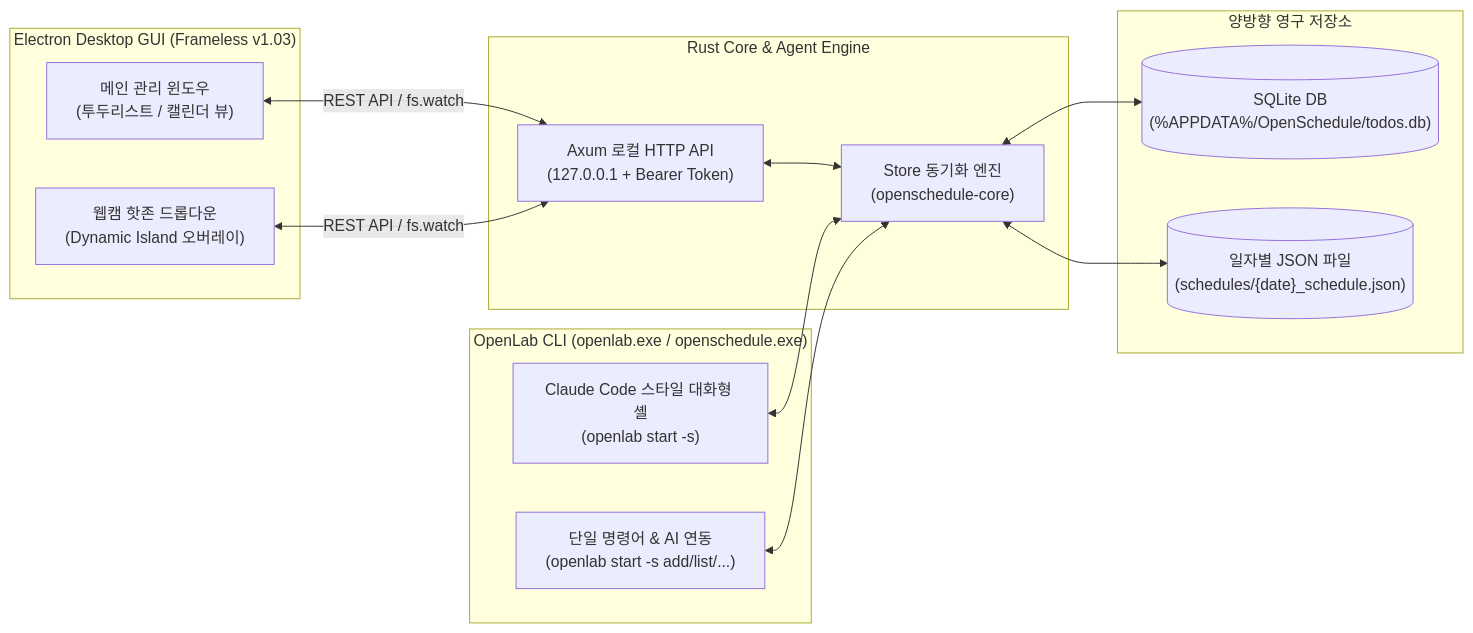
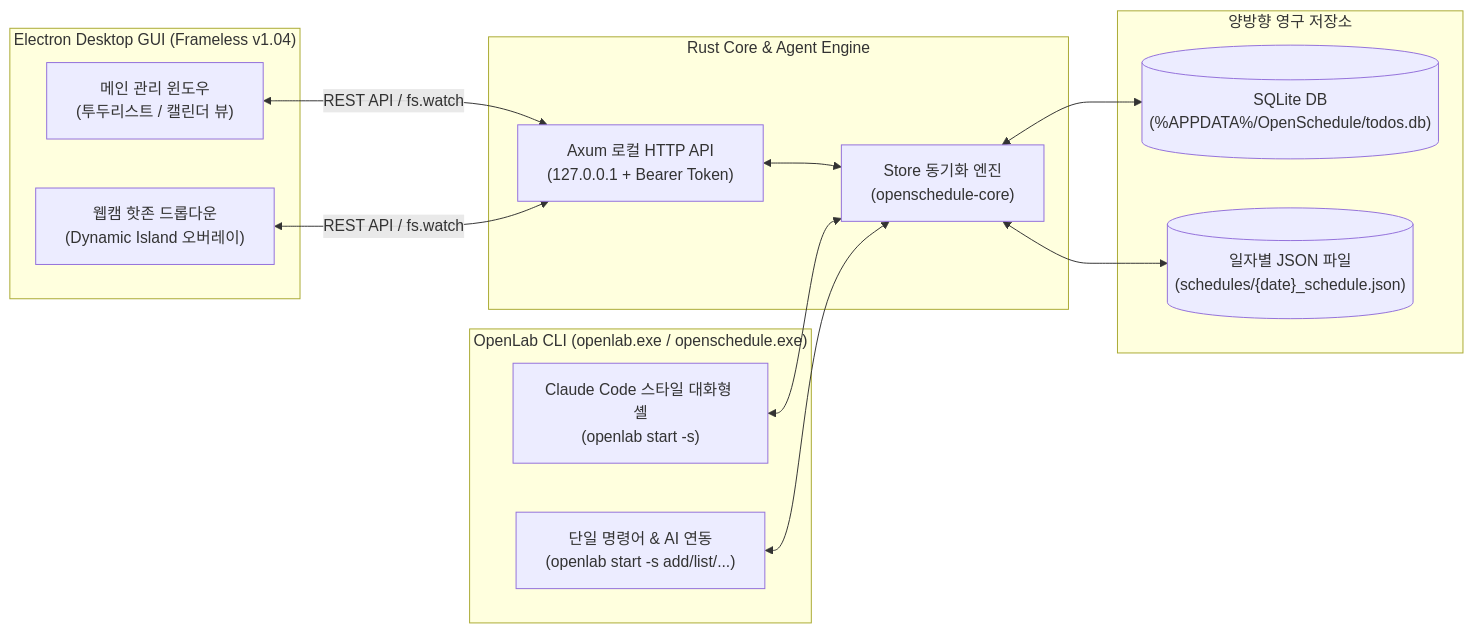
The diagram in README.md (ksh6940/Open-Schdule), drawn with Mermaid before and after one commit. The commit also changed other lines of this file and 12 other files, not shown here.

````diff
--- a/README.md
+++ b/README.md
@@ -54,30 +54,30 @@
 ```mermaid
 flowchart LR
-    subgraph Frontend["Electron Desktop GUI (Frameless v1.03)"]
+    subgraph Frontend["Electron Desktop GUI (Frameless v1.04)"]
         MainWin["메인 관리 윈도우\n(투두리스트 / 캘린더 뷰)"]
         OverlayWin["웹캠 핫존 드롭다운\n(Dynamic Island 오버레이)"]
     end
 
     subgraph CLI["OpenLab CLI (openlab.exe / openschedule.exe)"]
         InteractiveCLI["Claude Code 스타일 대화형 셸\n(openlab start -s)"]
         OneShotCLI["단일 명령어 & AI 연동\n(openlab start -s add/list/...)"]
     end
 
     subgraph Backend["Rust Core & Agent Engine"]
         AxumAPI["Axum 로컬 HTTP API\n(127.0.0.1 + Bearer Token)"]
         StoreEngine["Store 동기화 엔진\n(openschedule-core)"]
     end
 
     subgraph Storage["양방향 영구 저장소"]
         SQLite[("SQLite DB\n(%APPDATA%/OpenSchedule/todos.db)")]
         DateJSON[("일자별 JSON 파일\n(schedules/{date}_schedule.json)")]
     end
 
     MainWin <-->|"REST API / fs.watch"| AxumAPI
     OverlayWin <-->|"REST API / fs.watch"| AxumAPI
     AxumAPI <--> StoreEngine
     InteractiveCLI <--> StoreEngine
     OneShotCLI <--> StoreEngine
     StoreEngine <--> SQLite
     StoreEngine <--> DateJSON
 ```
````
